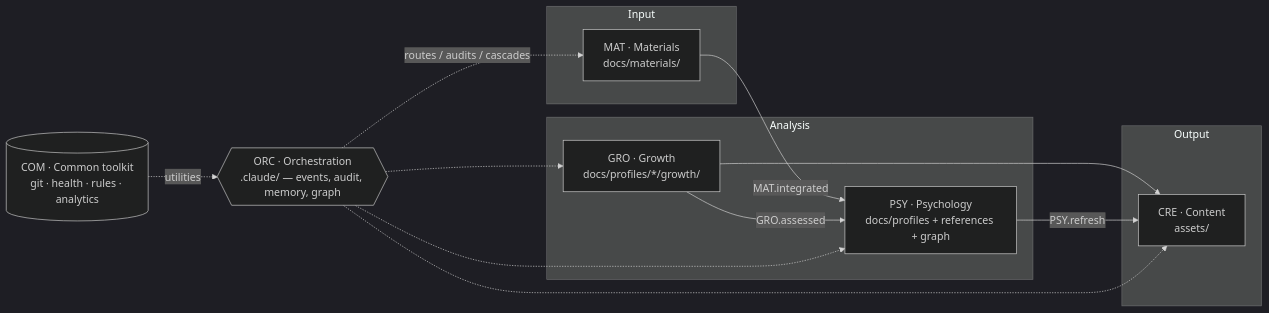
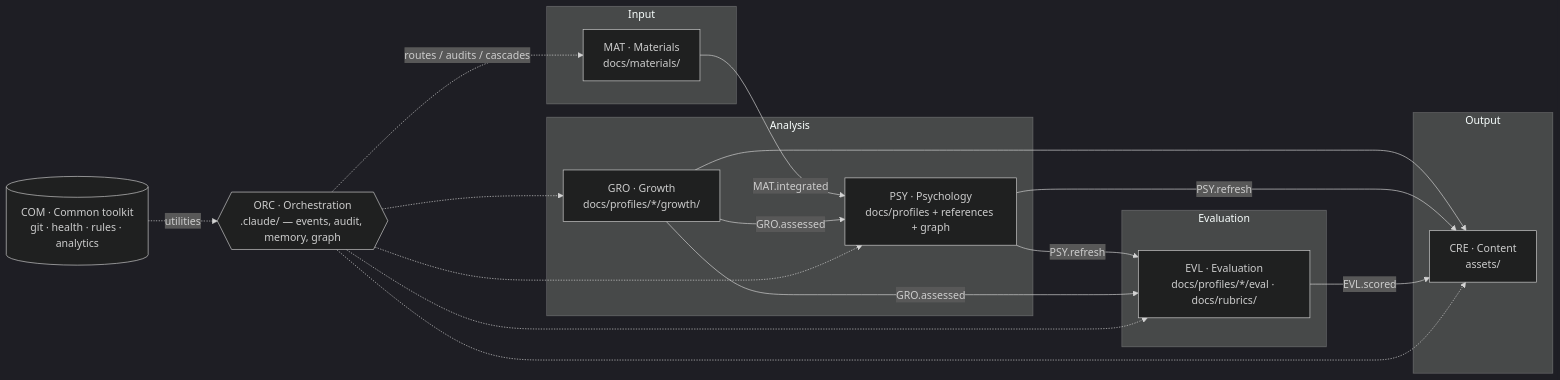
The first of 10 diagrams in README.md (hieubui2409/human-analyzer), drawn with Mermaid (dark theme) before and after one commit. The commit also changed other lines of this file, not shown here.

Commit message:
docs: add EVL framework to README + reconcile skill catalog to 68 skills / 7 frameworks

````diff
--- a/README.md
+++ b/README.md
@@ -56,25 +56,32 @@
 ```mermaid
 flowchart LR
     subgraph IN["Input"]
       MAT["MAT · Materials<br/>docs/materials/"]
     end
     subgraph AN["Analysis"]
       PSY["PSY · Psychology<br/>docs/profiles + references + graph"]
       GRO["GRO · Growth<br/>docs/profiles/*/growth/"]
+    end
+    subgraph EV["Evaluation"]
+      EVL["EVL · Evaluation<br/>docs/profiles/*/eval · docs/rubrics/"]
     end
     subgraph OUT["Output"]
       CRE["CRE · Content<br/>assets/"]
     end
     ORC{{"ORC · Orchestration<br/>.claude/ — events, audit, memory, graph"}}
     COM[("COM · Common toolkit<br/>git · health · rules · analytics")]
 
     MAT -->|"MAT.integrated"| PSY
     GRO -->|"GRO.assessed"| PSY
     GRO --> CRE
     PSY -->|"PSY.refresh"| CRE
+    PSY -->|"PSY.refresh"| EVL
+    GRO -->|"GRO.assessed"| EVL
+    EVL -->|"EVL.scored"| CRE
     ORC -.->|routes / audits / cascades| MAT
     ORC -.-> PSY
     ORC -.-> CRE
     ORC -.-> GRO
+    ORC -.-> EVL
     COM -.->|utilities| ORC
 ```
````
